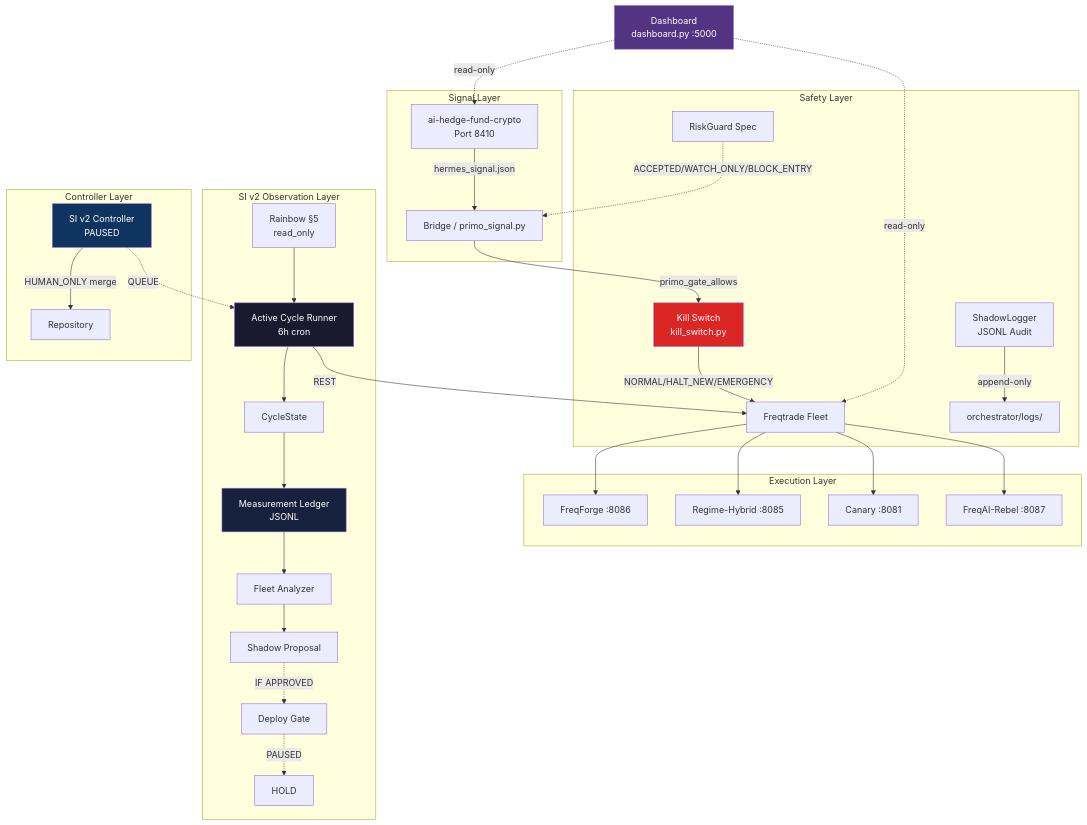
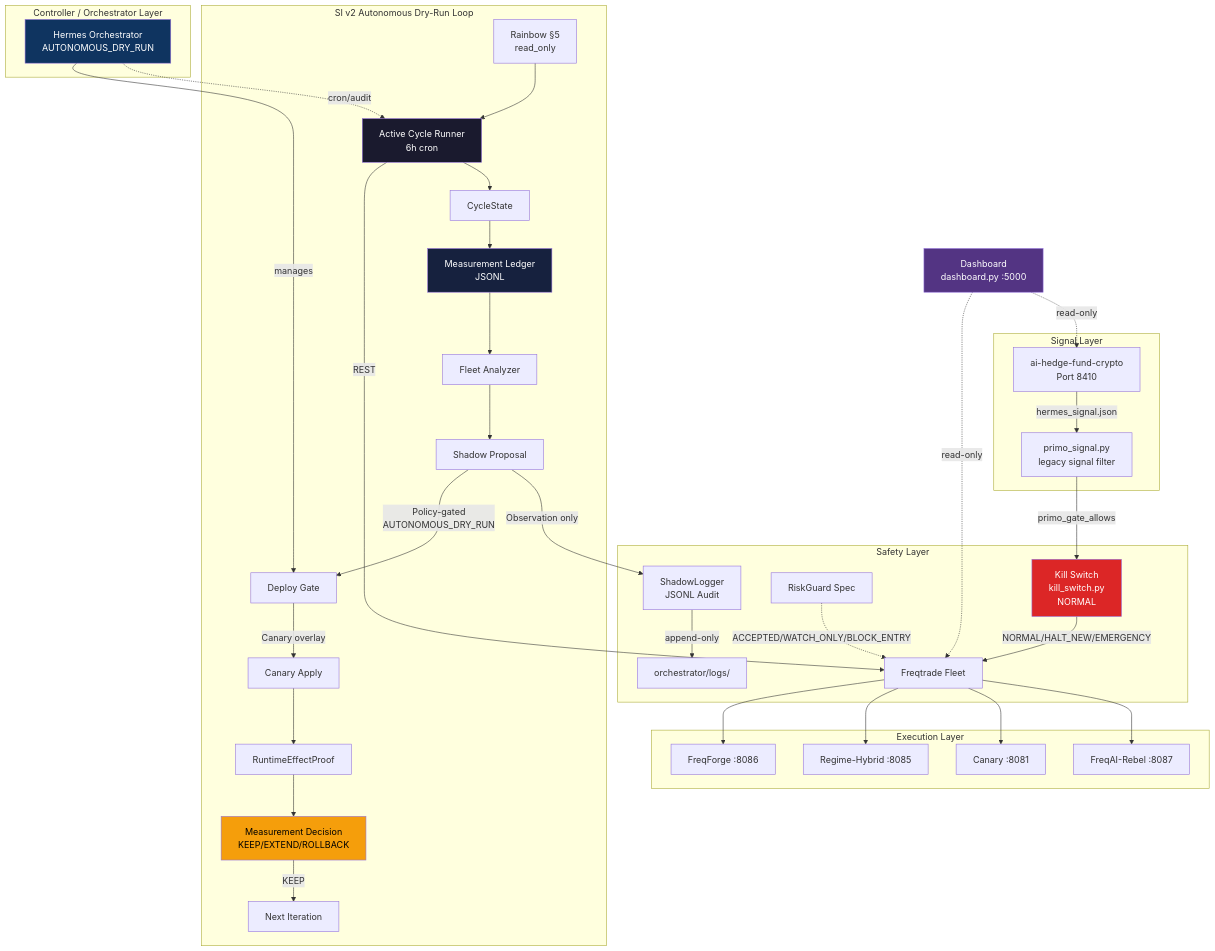
The first of 4 diagrams in docs/ARCHITECTURE.md (GoLukeEnviro/trading-hub), drawn with Mermaid before and after one commit. The commit also changed other lines of this file and 4 other files, not shown here.

````diff
--- a/docs/ARCHITECTURE.md
+++ b/docs/ARCHITECTURE.md
@@ -11,45 +13,50 @@
 ```mermaid
 flowchart TB
     subgraph Signal["Signal Layer"]
-        AHF[ai-hedge-fund-crypto<br/>Port 8410] -->|hermes_signal.json| BRIDGE[Bridge / primo_signal.py]
+        AHF[ai-hedge-fund-crypto<br/>Port 8410] -->|hermes_signal.json| PS[primo_signal.py<br/>legacy signal filter]
     end
 
     subgraph Safety["Safety Layer"]
-        BRIDGE -->|primo_gate_allows| KS[Kill Switch<br/>kill_switch.py]
+        PS -->|primo_gate_allows| KS[Kill Switch<br/>kill_switch.py<br/>NORMAL]
         KS -->|NORMAL/HALT_NEW/EMERGENCY| FT[Freqtrade Fleet]
-        RG[RiskGuard Spec] -.->|ACCEPTED/WATCH_ONLY/BLOCK_ENTRY| BRIDGE
+        RG[RiskGuard Spec] -.->|ACCEPTED/WATCH_ONLY/BLOCK_ENTRY| FT
         SL[ShadowLogger<br/>JSONL Audit] -->|append-only| LOG[orchestrator/logs/]
     end
 
     subgraph Fleet["Execution Layer"]
         FT --> F1[FreqForge :8086]
         FT --> F2[Regime-Hybrid :8085]
         FT --> F3[Canary :8081]
         FT --> F4[FreqAI-Rebel :8087]
     end
 
-    subgraph Observation["SI v2 Observation Layer"]
+    subgraph Observation["SI v2 Autonomous Dry-Run Loop"]
         ACR[Active Cycle Runner<br/>6h cron] -->|REST| FT
         RB[Rainbow §5<br/>read_only] --> ACR
         ACR --> CS[CycleState]
         CS --> ML[Measurement Ledger<br/>JSONL]
         ML --> FA[Fleet Analyzer]
         FA --> SP[Shadow Proposal]
-        SP -.->|IF APPROVED| DEPLOY[Deploy Gate]
-        DEPLOY -.->|PAUSED| HOLD
+        SP -->|Policy-gated<br/>AUTONOMOUS_DRY_RUN| DEPLOY[Deploy Gate]
+        DEPLOY -->|Canary overlay| CANARY_APPLY[Canary Apply]
+        CANARY_APPLY --> PROOF[RuntimeEffectProof]
+        PROOF --> DEC[Measurement Decision<br/>KEEP/EXTEND/ROLLBACK]
+        DEC -->|KEEP| NEXT[Next Iteration]
+        SP -->|Observation only| SL
     end
 
-    subgraph Control["Controller Layer"]
-        CTRL[SI v2 Controller<br/>PAUSED] -->|HUMAN_ONLY merge| REPO[Repository]
-        CTRL -.->|QUEUE| ACR
+    subgraph Control["Controller / Orchestrator Layer"]
+        CTRL[Hermes Orchestrator<br/>AUTONOMOUS_DRY_RUN] -->|manages| DEPLOY
+        CTRL -.->|cron/audit| ACR
     end
 
     DASH[Dashboard<br/>dashboard.py :5000] -.->|read-only| FT
     DASH -.->|read-only| AHF
 
     style KS fill:#dc2626,color:#fff
     style ACR fill:#1a1a2e,color:#fff
     style ML fill:#16213e,color:#fff
     style CTRL fill:#0f3460,color:#fff
     style DASH fill:#533483,color:#fff
+    style DEC fill:#f59e0b,color:#000
 ```
````
